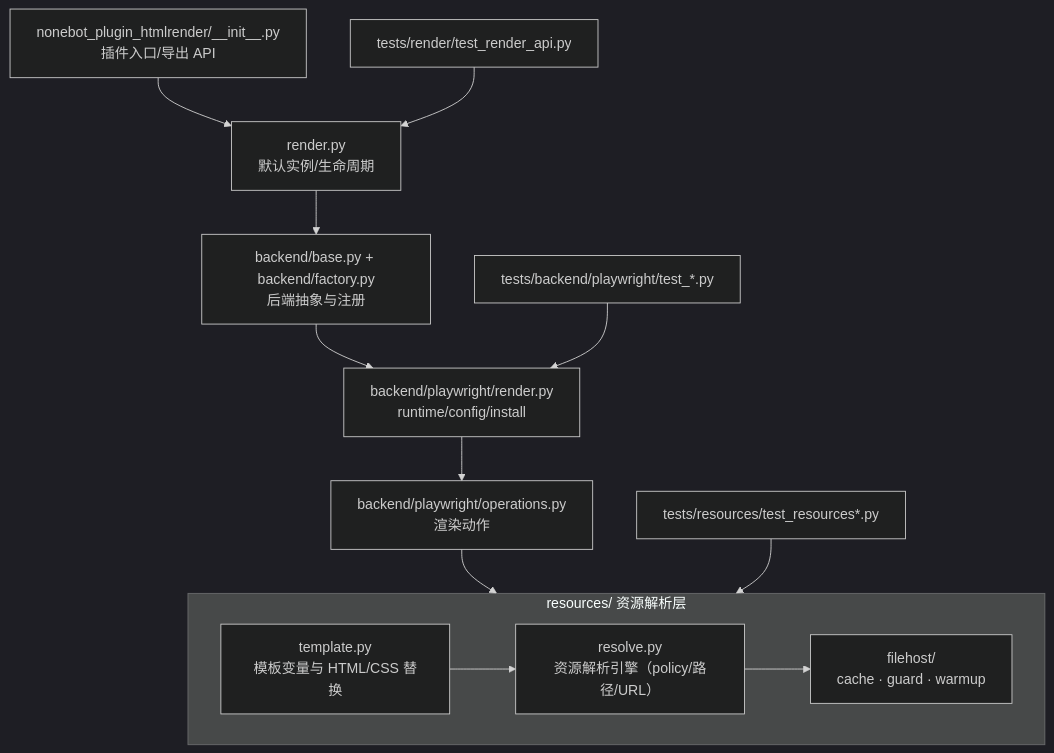
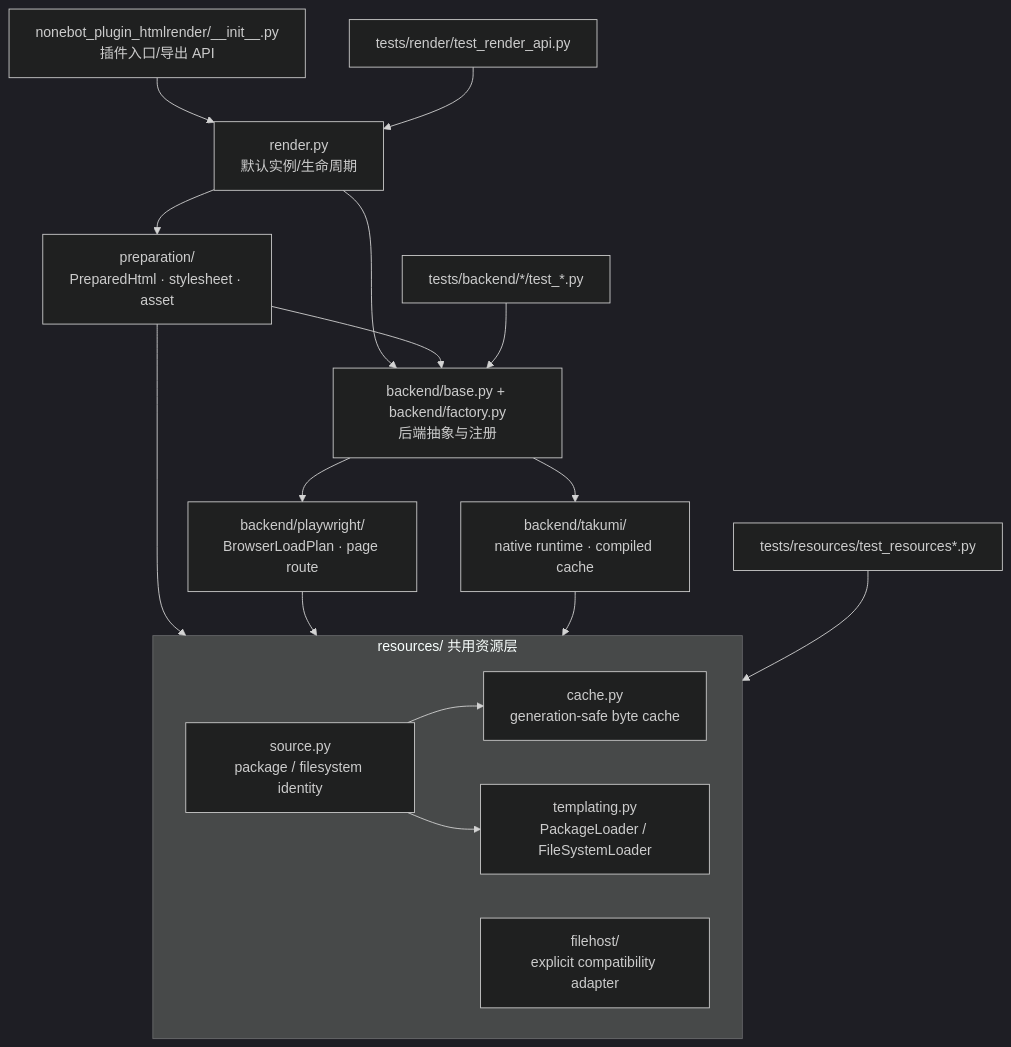
Before and after one commit to kexue-z/nonebot-plugin-htmlrender: the first of 3 diagrams in docs/maintainers/architecture/architecture.md, drawn with Mermaid (dark theme). The commit also changed other lines of this file and 25 other files, not shown here.

````diff
--- a/docs/maintainers/architecture/architecture.md
+++ b/docs/maintainers/architecture/architecture.md
@@ -38,20 +39,25 @@
 ```mermaid
 flowchart TD
     A["nonebot_plugin_htmlrender/__init__.py<br/>插件入口/导出 API"] --> B["render.py<br/>默认实例/生命周期"]
+    B --> P["preparation/<br/>PreparedHtml · stylesheet · asset"]
     B --> C["backend/base.py + backend/factory.py<br/>后端抽象与注册"]
-    C --> D["backend/playwright/render.py<br/>runtime/config/install"]
-    D --> E["backend/playwright/operations.py<br/>渲染动作"]
-    E --> F["resources/"]
+    P --> C
+    C --> D["backend/playwright/<br/>BrowserLoadPlan · page route"]
+    C --> T["backend/takumi/<br/>native runtime · compiled cache"]
+    P --> F
+    D --> F
+    T --> F
 
-    subgraph F["resources/ 资源解析层"]
-        F1["resolve.py<br/>资源解析引擎（policy/路径/URL）"]
-        F2["template.py<br/>模板变量与 HTML/CSS 替换"]
-        F3["filehost/<br/>cache · guard · warmup"]
-        F2 --> F1
+    subgraph F["resources/ 共用资源层"]
+        F1["source.py<br/>package / filesystem identity"]
+        F2["cache.py<br/>generation-safe byte cache"]
+        F3["templating.py<br/>PackageLoader / FileSystemLoader"]
+        F4["filehost/<br/>explicit compatibility adapter"]
+        F1 --> F2
         F1 --> F3
     end
 
     G["tests/render/test_render_api.py"] --> B
-    H["tests/backend/playwright/test_*.py"] --> D
+    H["tests/backend/*/test_*.py"] --> C
     I["tests/resources/test_resources*.py"] --> F
 ```
````
